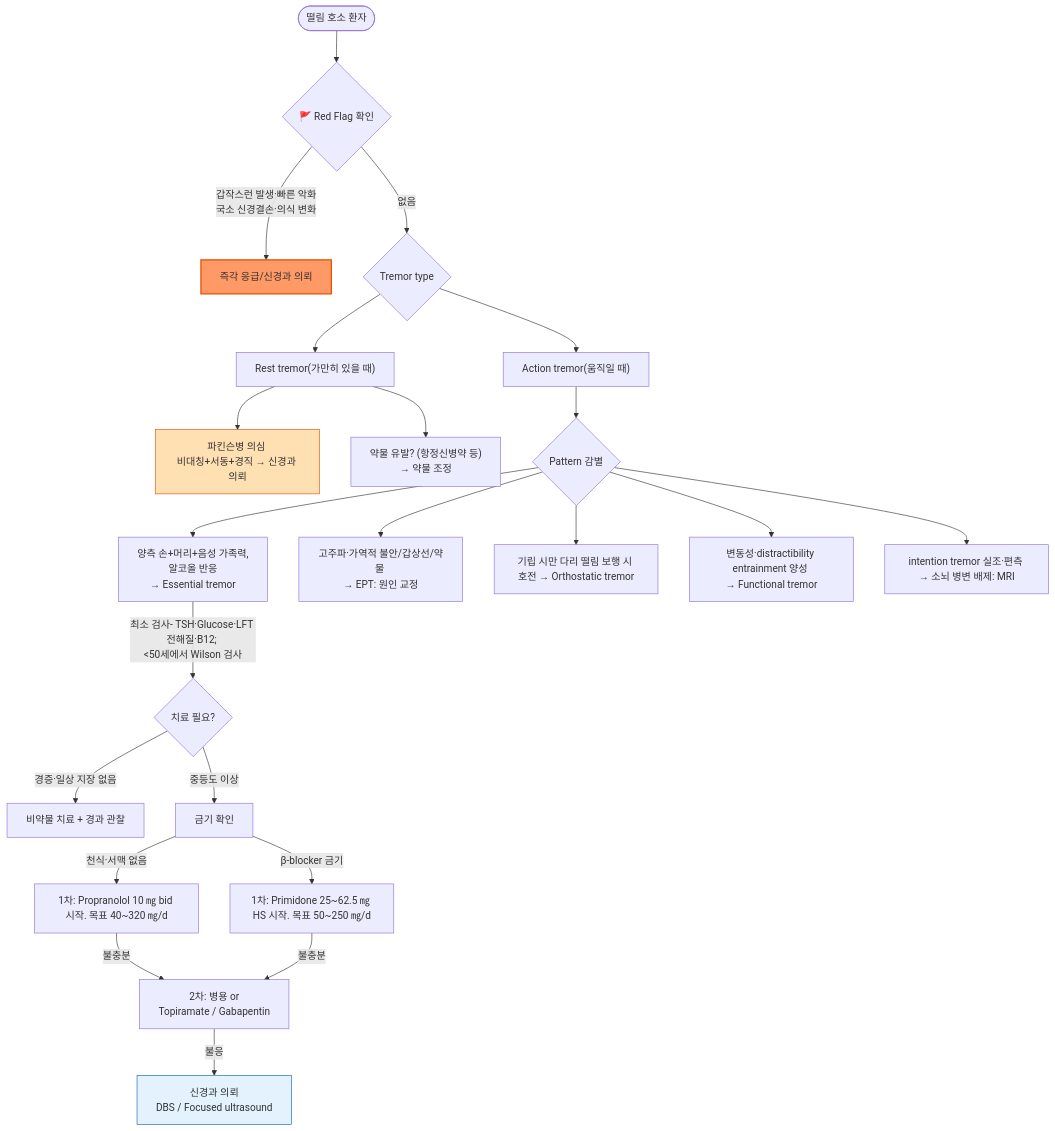
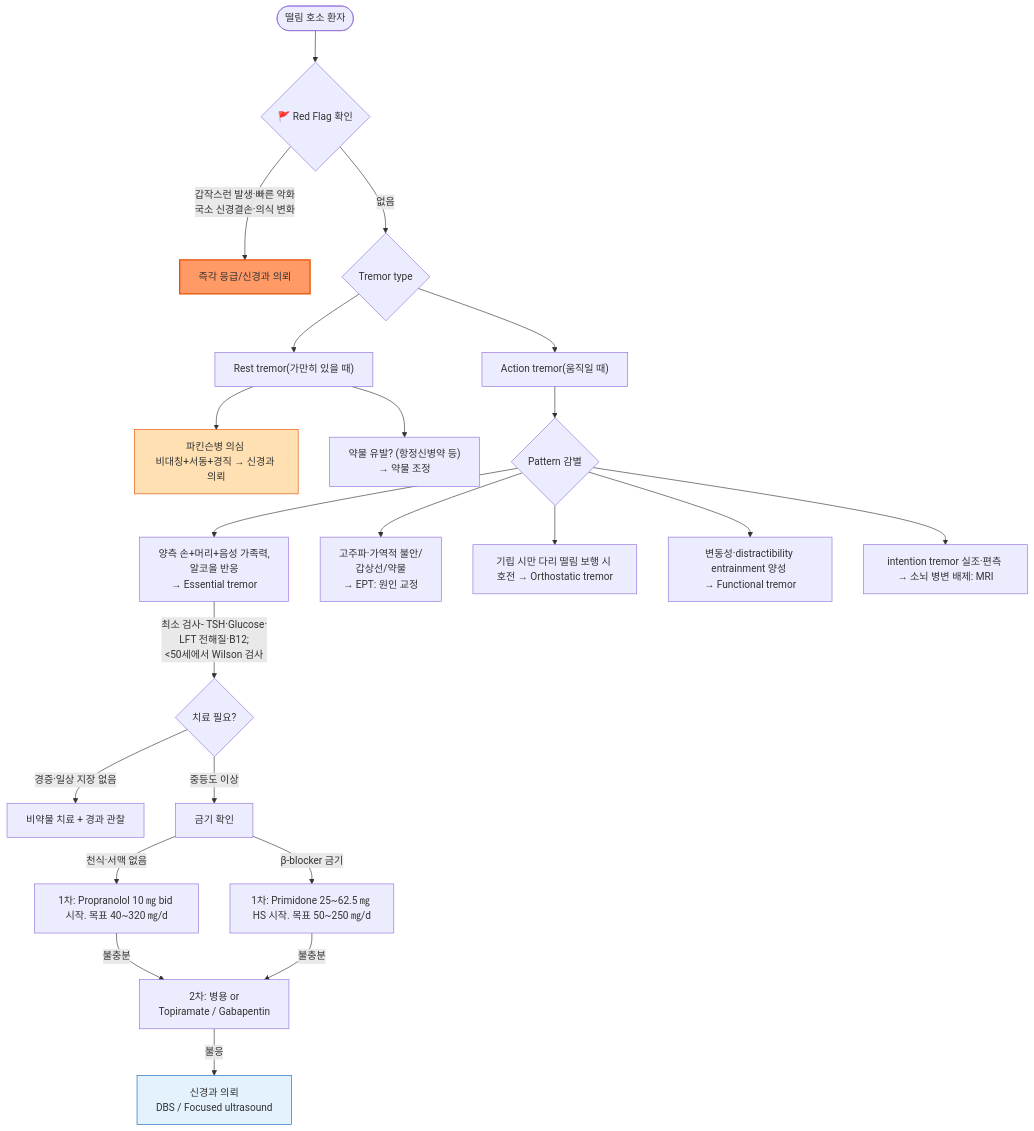
The diagram in 221_/034_-tremor.md (familyoh77/familyoh77), drawn with Mermaid before and after one commit. The commit also changed other lines of this file and 1 other file, not shown here.

````diff
--- a/221_/034_-tremor.md
+++ b/221_/034_-tremor.md
@@ -146,32 +149,32 @@
 ```mermaid
 flowchart TD
     A([떨림 호소 환자]) --> B{🚩 Red Flag 확인}
     B -- "갑작스런 발생·빠른 악화<br/>국소 신경결손·의식 변화" --> C[즉각 응급/신경과 의뢰]
     B -- 없음 --> D{Tremor type}
 
     D --> E["Rest tremor(가만히 있을 때)"]
     D --> F["Action tremor(움직일 때)"]
 
     E --> G["파킨슨병 의심 <br/>비대칭+서동+경직 → 신경과 의뢰"]
     E --> H["약물 유발? (항정신병약 등) <br/>→ 약물 조정"]
 
     F --> I{Pattern 감별}
     I --> J["양측 손+머리+음성 가족력, <br/>알코올 반응 <br/>→ Essential tremor"]
-    I --> K["고주파·가역적 불안/갑상선/약물 <br/>→ EPT: 원인 교정"]
+    I --> K["고주파·가역적 불안/<br/>갑상선/약물 <br/>→ EPT: 원인 교정"]
     I --> L["기립 시만 다리 떨림 보행 시 호전 → Orthostatic tremor"]
     I --> M["변동성·distractibility entrainment 양성 <br/>→ Functional tremor"]
     I --> N["intention tremor 실조·편측 → 소뇌 병변 배제: MRI"]
 
-    J --"최소 검사- TSH·Glucose·LFT 전해질·B12; <br/><50세에서 Wilson 검사"--> P{치료 필요?}
+    J --"최소 검사- TSH·Glucose·<br/>LFT 전해질·B12; <br/><50세에서 Wilson 검사"--> P{치료 필요?}
     P -- "경증·일상 지장 없음" --> Q[비약물 치료 + 경과 관찰]
     P -- "중등도 이상" --> R[금기 확인]
     R -- "천식·서맥 없음" --> S["1차: Propranolol 10 ㎎ bid 시작. 목표 40~320 ㎎/d"]
     R -- "β-blocker 금기" --> T["1차: Primidone 25~62.5 ㎎ HS 시작. 목표 50~250 ㎎/d"]
     S -- 불충분 --> U["2차: 병용 or <br/>Topiramate / Gabapentin"]
     T -- 불충분 --> U
     U -- 불응 --> V["신경과 의뢰 <br/>DBS / Focused ultrasound"]
 
     style C fill:#f96,stroke:#e65100,stroke-width:2px
     style G fill:#ffe0b2,stroke:#e65100
     style V fill:#e3f2fd,stroke:#1565c0
 ```
````
